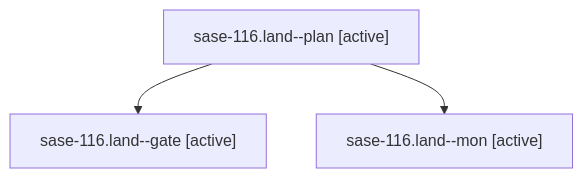
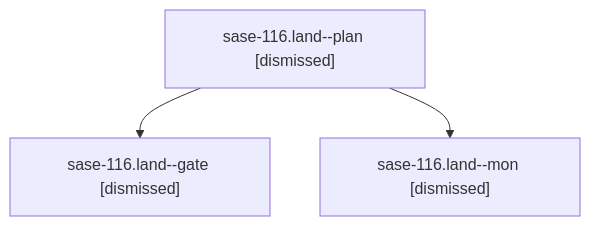
Before and after one commit to sase-org/sase--agents: the diagram in sessions/bbugyi200.athena.sase-116.land.md, drawn with Mermaid. The commit also changed other lines of this file and 199 other files, not shown here.

````diff
--- a/sessions/bbugyi200.athena.sase-116.land.md
+++ b/sessions/bbugyi200.athena.sase-116.land.md
@@ -9,8 +9,8 @@
 ```mermaid
 flowchart TD
-  n0["sase-116.land--plan [active]"]
-  n1["sase-116.land--gate [active]"]
+  n0["sase-116.land--plan [dismissed]"]
+  n1["sase-116.land--gate [dismissed]"]
   n0 --> n1
-  n2["sase-116.land--mon [active]"]
+  n2["sase-116.land--mon [dismissed]"]
   n0 --> n2
 ```
````
